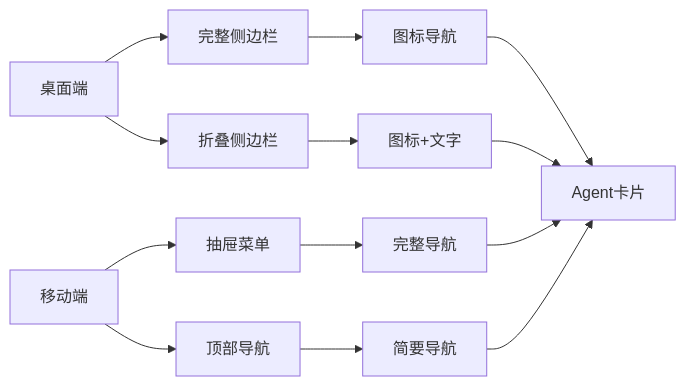
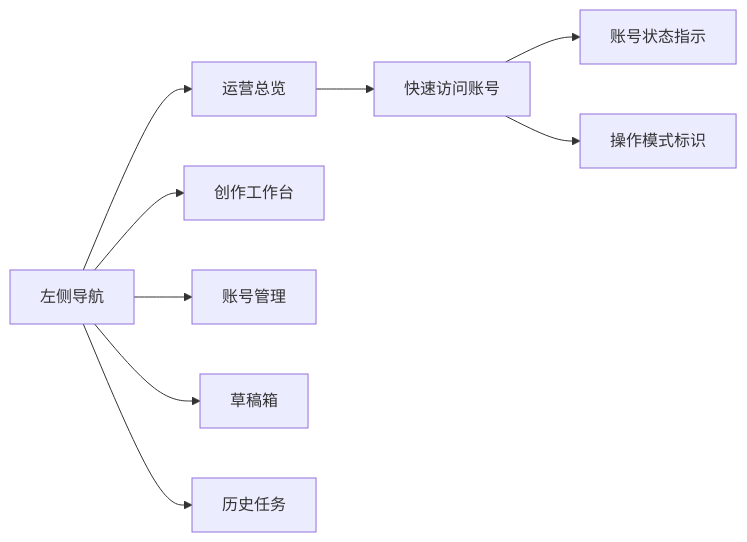
Before and after one commit to sansansansansan2022-web/hotclaw: the eighth of 15 diagrams in .qoder/repowiki/zh/content/前端开发/Next.js应用架构.md, drawn with Mermaid. The commit also changed other lines of this file and 860 other files, not shown here.

````diff
--- a/.qoder/repowiki/zh/content/前端开发/Next.js应用架构.md
+++ b/.qoder/repowiki/zh/content/前端开发/Next.js应用架构.md
@@ -273,15 +301,11 @@
 ```mermaid
 graph LR
-A[桌面端] --> B[完整侧边栏]
-A --> C[折叠侧边栏]
-D[移动端] --> E[抽屉菜单]
-D --> F[顶部导航]
-B --> G[图标导航]
-C --> H[图标+文字]
-E --> I[完整导航]
-F --> J[简要导航]
-G --> K[Agent卡片]
-H --> K
-I --> K
-J --> K
+A[左侧导航] --> B[运营总览]
+A --> C[创作工作台]
+A --> D[账号管理]
+A --> E[草稿箱]
+A --> F[历史任务]
+B --> G[快速访问账号]
+G --> H[账号状态指示]
+G --> I[操作模式标识]
 ```
````
